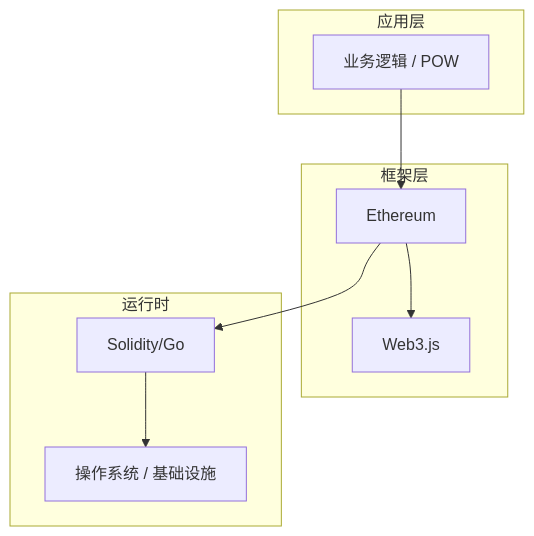
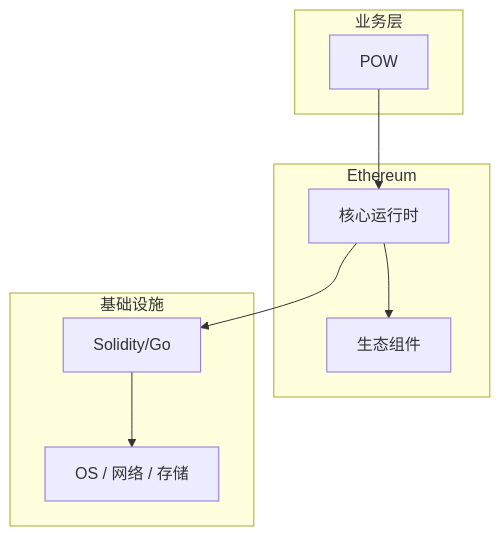
Before and after one commit to yanggan2015/knowledge-json-v2: the diagram in articles/区块链/chapters/016-POW核心概念与原理.md, drawn with Mermaid. The commit also changed other lines of this file and 10127 other files, not shown here.

````diff
--- a/articles/区块链/chapters/016-POW核心概念与原理.md
+++ b/articles/区块链/chapters/016-POW核心概念与原理.md
@@ -45,18 +30,18 @@
 ```mermaid
 graph TB
-    subgraph 应用层
-        A[业务逻辑 / POW]
+    subgraph 业务层
+        A[POW]
     end
-    subgraph 框架层
-        B[Ethereum]
-        C[Web3.js]
+    subgraph Ethereum
+        B[核心运行时]
+        C[生态组件]
     end
-    subgraph 运行时
+    subgraph 基础设施
         D[Solidity/Go]
-        E[操作系统 / 基础设施]
+        E[OS / 网络 / 存储]
     end
     A --> B
     B --> C
     B --> D
     D --> E
 ```
````
